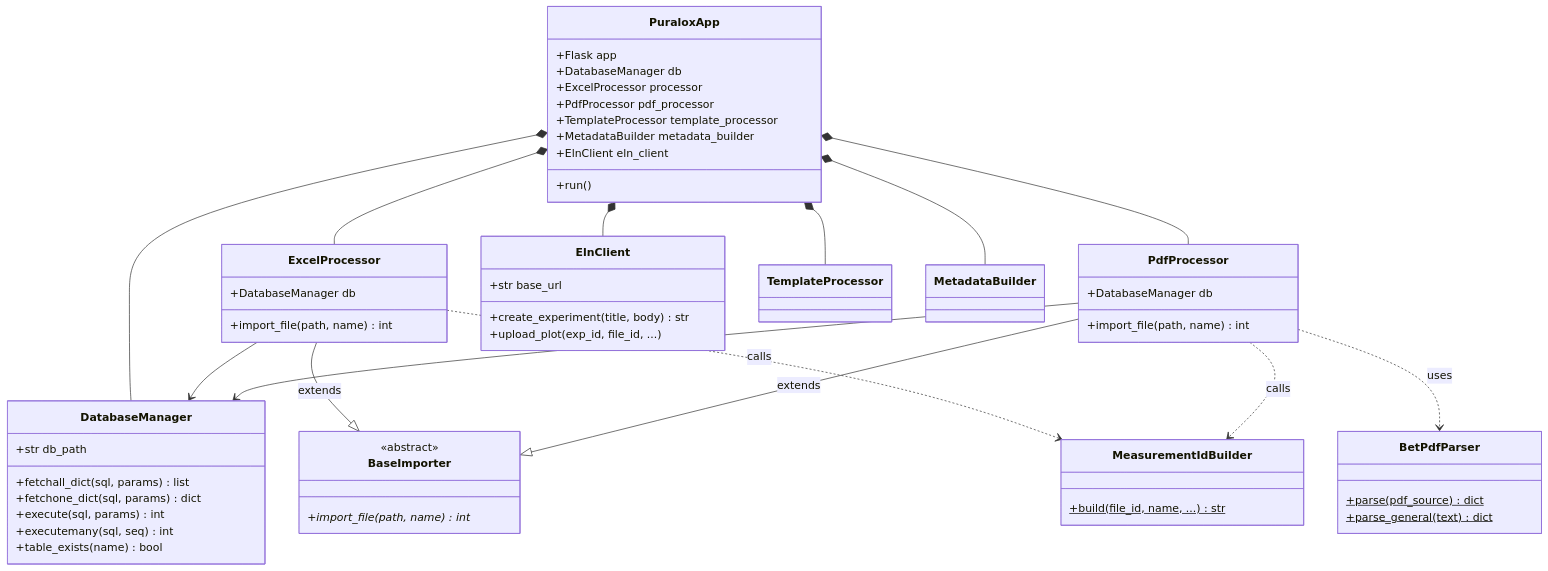
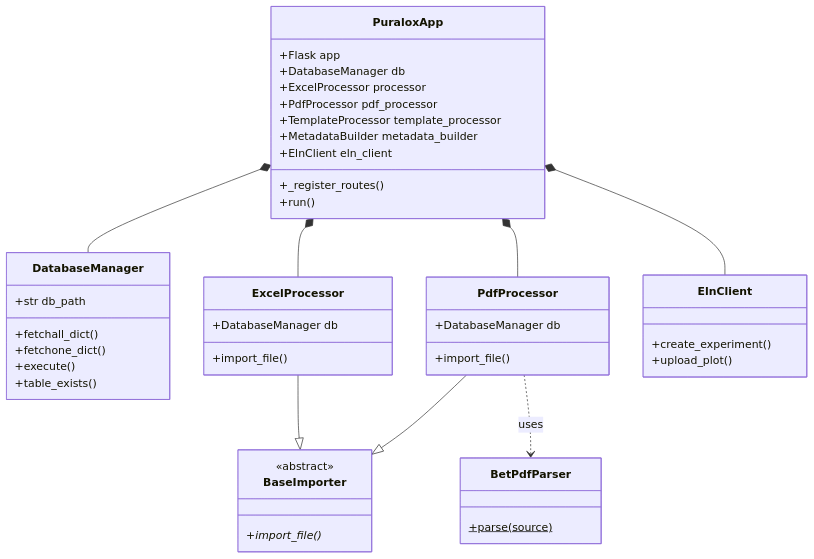
Before and after one commit to vitalybin/BET-Automation: the diagram in README.md, drawn with Mermaid. The commit also changed other lines of this file, not shown here.

Commit message:
Docs: Major expansion of README.md with detailed architecture, data flow, and API reference

````diff
--- a/README.md
+++ b/README.md
@@ -58,73 +67,57 @@
 ```mermaid
 classDiagram
     direction TB
 
     class PuraloxApp {
         +Flask app
         +DatabaseManager db
         +ExcelProcessor processor
         +PdfProcessor pdf_processor
         +TemplateProcessor template_processor
         +MetadataBuilder metadata_builder
         +ElnClient eln_client
+        +_register_routes()
         +run()
     }
 
     class DatabaseManager {
         +str db_path
-        +fetchall_dict(sql, params) list
-        +fetchone_dict(sql, params) dict
-        +execute(sql, params) int
-        +executemany(sql, seq) int
-        +table_exists(name) bool
+        +fetchall_dict()
+        +fetchone_dict()
+        +execute()
+        +table_exists()
     }
 
     class BaseImporter {
         <<abstract>>
-        +import_file(path, name)* int
+        +import_file()*
     }
 
     class ExcelProcessor {
         +DatabaseManager db
-        +import_file(path, name) int
+        +import_file()
     }
 
     class PdfProcessor {
         +DatabaseManager db
-        +import_file(path, name) int
+        +import_file()
     }
 
     class BetPdfParser {
-        +parse(pdf_source)$ dict
-        +parse_general(text)$ dict
+        +parse(source)$
     }
 
     class ElnClient {
-        +str base_url
-        +create_experiment(title, body) str
-        +upload_plot(exp_id, file_id, ...)
+        +create_experiment()
+        +upload_plot()
     }
 
-    class MeasurementIdBuilder {
-        +build(file_id, name, ...)$ str
-    }
-
-    %% Inheritance
-    ExcelProcessor --|> BaseImporter : extends
-    PdfProcessor   --|> BaseImporter : extends
-
-    %% Composition
+    %% Relationships
+    ExcelProcessor --|> BaseImporter
+    PdfProcessor   --|> BaseImporter
     PuraloxApp *-- DatabaseManager
     PuraloxApp *-- ExcelProcessor
     PuraloxApp *-- PdfProcessor
-    PuraloxApp *-- TemplateProcessor
-    PuraloxApp *-- MetadataBuilder
     PuraloxApp *-- ElnClient
-
-    %% Usage
-    ExcelProcessor --> DatabaseManager
-    PdfProcessor   --> DatabaseManager
-    PdfProcessor   ..> BetPdfParser : uses
-    ExcelProcessor ..> MeasurementIdBuilder : calls
-    PdfProcessor   ..> MeasurementIdBuilder : calls
+    PdfProcessor ..> BetPdfParser : uses
 ```
````
